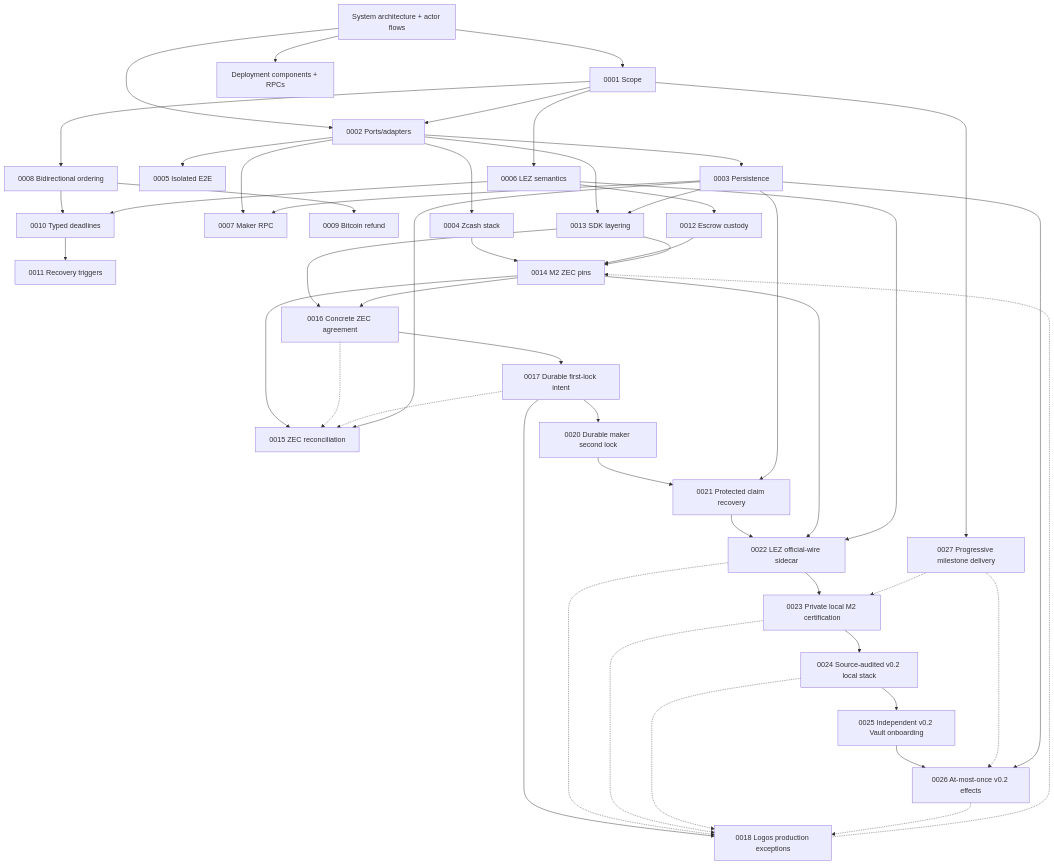
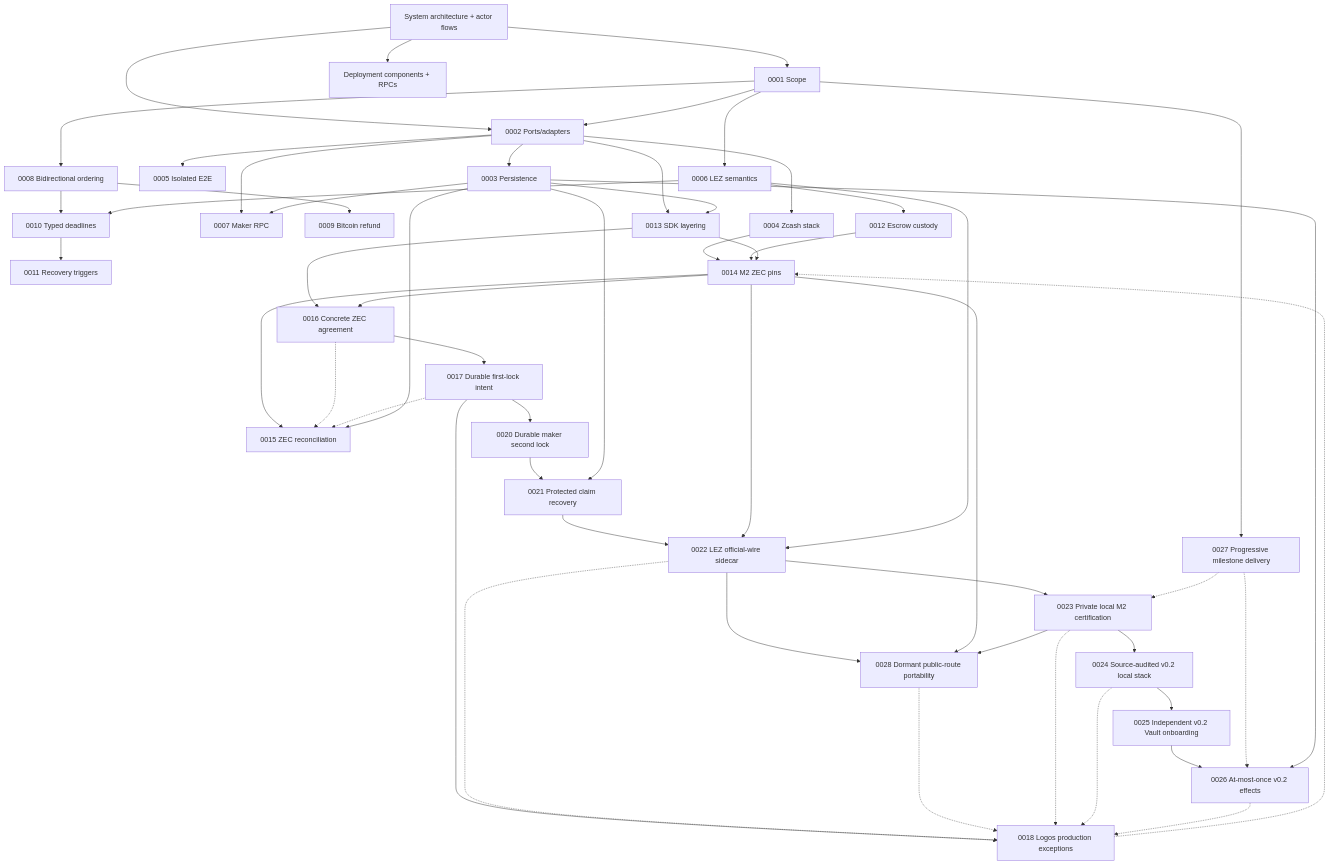
Before and after one commit to gateway-fm/lez-atomic-swaps: the diagram in docs/architecture/README.md, drawn with Mermaid. The commit also changed other lines of this file and 33 other files, not shown here.

Commit message:
feat: close M2 public portability contract

````diff
--- a/docs/architecture/README.md
+++ b/docs/architecture/README.md
@@ -25,51 +25,55 @@
 ```mermaid
 flowchart TB
     System["System architecture + actor flows"] --> Scope["0001 Scope"]
     System --> Deployment["Deployment components + RPCs"]
     System --> Ports["0002 Ports/adapters"]
     Scope --> Ports
     Ports --> Persistence["0003 Persistence"]
     Ports --> Zcash["0004 Zcash stack"]
     Ports --> Docker["0005 Isolated E2E"]
     Scope --> LEZ["0006 LEZ semantics"]
     Ports --> RPC["0007 Maker RPC"]
     Scope --> Direction["0008 Bidirectional ordering"]
     Direction --> Bitcoin["0009 Bitcoin refund"]
     Direction --> Deadlines["0010 Typed deadlines"]
     LEZ --> Deadlines
     Deadlines --> Recovery["0011 Recovery triggers"]
     LEZ --> Custody["0012 Escrow custody"]
     Ports --> SDK["0013 SDK layering"]
     Zcash --> ZecPins["0014 M2 ZEC pins"]
     Custody --> ZecPins
     SDK --> ZecPins
     ZecPins --> ZecReconcile["0015 ZEC reconciliation"]
     SDK --> Agreement["0016 Concrete ZEC agreement"]
     Agreement --> FirstLock["0017 Durable first-lock intent"]
     FirstLock --> MakerLock["0020 Durable maker second lock"]
     MakerLock --> ClaimRecovery["0021 Protected claim recovery"]
     ClaimRecovery --> LezSidecar["0022 LEZ official-wire sidecar"]
     LezSidecar --> LocalM2["0023 Private local M2 certification"]
+    LezSidecar --> PublicRoutes["0028 Dormant public-route portability"]
+    ZecPins --> PublicRoutes
+    LocalM2 --> PublicRoutes
     LocalM2 --> LocalStack["0024 Source-audited v0.2 local stack"]
     LocalStack --> VaultActors["0025 Independent v0.2 Vault onboarding"]
     VaultActors --> V02Effects["0026 At-most-once v0.2 effects"]
     Scope --> Progressive["0027 Progressive milestone delivery"]
     Progressive -.-> LocalM2
     Progressive -.-> V02Effects
     ZecPins --> LezSidecar
     LEZ --> LezSidecar
     ZecPins --> Agreement
     Agreement -.-> ZecReconcile
     FirstLock -.-> ZecReconcile
     FirstLock --> Upstream["0018 Logos production exceptions"]
     Upstream -.-> ZecPins
     Persistence --> ZecReconcile
     Persistence --> SDK
     Persistence --> RPC
     Persistence --> ClaimRecovery
     Persistence --> V02Effects
     LezSidecar -.-> Upstream
+    PublicRoutes -.-> Upstream
     LocalM2 -.-> Upstream
     LocalStack -.-> Upstream
     V02Effects -.-> Upstream
 ```
````
